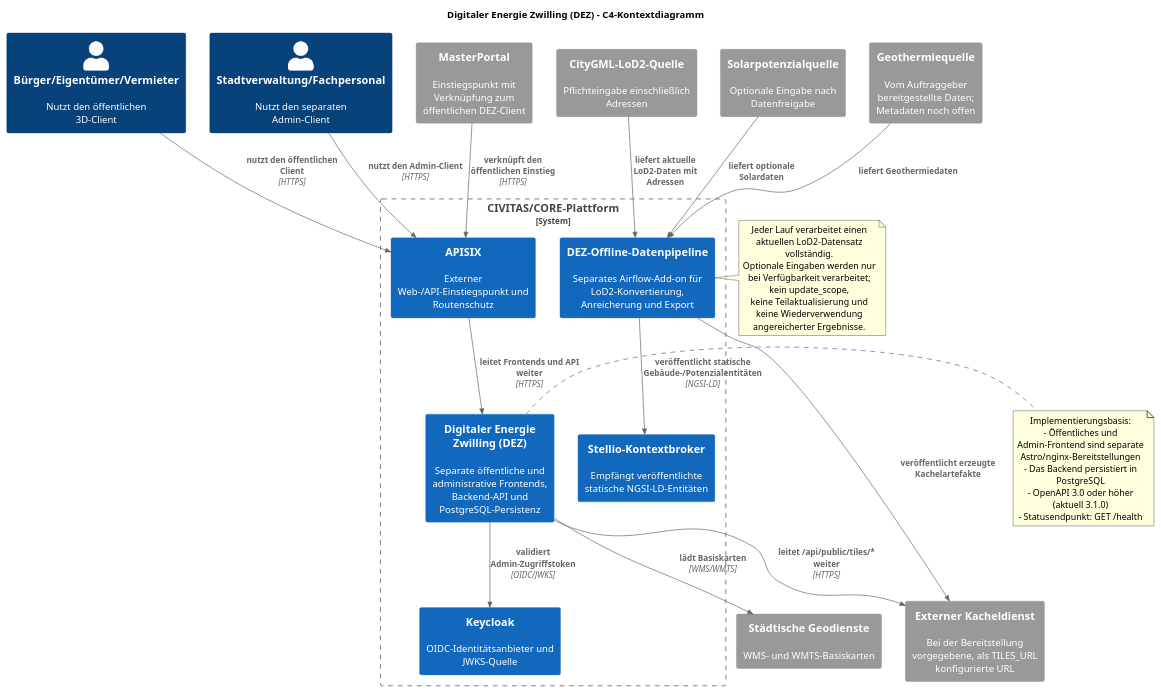
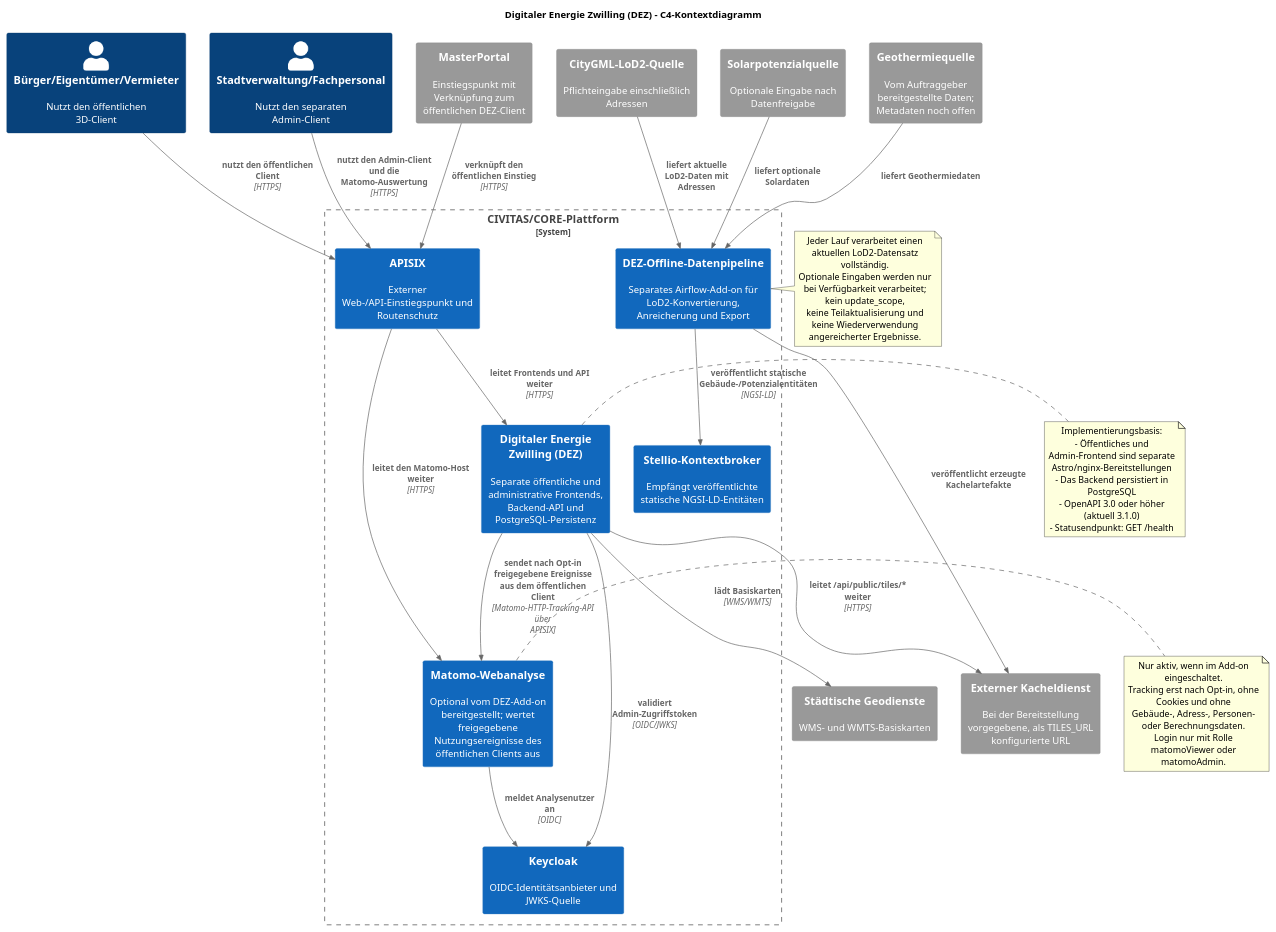
Before and after one commit to csi-FOXBYTE/Regensburg_DigitalerEnergieZwilling_MonoRepo: the diagram in apps/backend/docs/architecture/raw/c4-context.puml, drawn with PlantUML. The commit also changed 11 other files, not shown here.

Commit message:
feat: updated c4 diagrams for matomo

```diff
--- a/apps/backend/docs/architecture/raw/c4-context.puml
+++ b/apps/backend/docs/architecture/raw/c4-context.puml
@@ -1,53 +1,64 @@
 @startuml
 !includeurl https://raw.githubusercontent.com/plantuml-stdlib/C4-PlantUML/master/C4_Context.puml
 HIDE_STEREOTYPE()
 
 title Digitaler Energie Zwilling (DEZ) - C4-Kontextdiagramm
 
 Person(citizen, "Bürger/Eigentümer/Vermieter", "Nutzt den öffentlichen 3D-Client")
 Person(admin, "Stadtverwaltung/Fachpersonal", "Nutzt den separaten Admin-Client")
 
 System_Boundary(civitas, "CIVITAS/CORE-Plattform") {
   System(gateway, "APISIX", "Externer Web-/API-Einstiegspunkt und Routenschutz")
   System(det, "Digitaler Energie Zwilling (DEZ)", "Separate öffentliche und administrative Frontends, Backend-API und PostgreSQL-Persistenz")
   System(pipeline, "DEZ-Offline-Datenpipeline", "Separates Airflow-Add-on für LoD2-Konvertierung, Anreicherung und Export")
   System(idp, "Keycloak", "OIDC-Identitätsanbieter und JWKS-Quelle")
   System(stellio, "Stellio-Kontextbroker", "Empfängt veröffentlichte statische NGSI-LD-Entitäten")
+  System(matomo, "Matomo-Webanalyse", "Optional vom DEZ-Add-on bereitgestellt; wertet freigegebene Nutzungsereignisse des öffentlichen Clients aus")
 }
 
 System_Ext(masterportal, "MasterPortal", "Einstiegspunkt mit Verknüpfung zum öffentlichen DEZ-Client")
 System_Ext(geo, "Städtische Geodienste", "WMS- und WMTS-Basiskarten")
 System_Ext(citygml, "CityGML-LoD2-Quelle", "Pflichteingabe einschließlich Adressen")
 System_Ext(solar, "Solarpotenzialquelle", "Optionale Eingabe nach Datenfreigabe")
 System_Ext(geothermal, "Geothermiequelle", "Vom Auftraggeber bereitgestellte Daten; Metadaten noch offen")
 System_Ext(tiles, "Externer Kacheldienst", "Bei der Bereitstellung vorgegebene, als TILES_URL konfigurierte URL")
 
 Rel(citizen, gateway, "nutzt den öffentlichen Client", "HTTPS")
-Rel(admin, gateway, "nutzt den Admin-Client", "HTTPS")
+Rel(admin, gateway, "nutzt den Admin-Client und die Matomo-Auswertung", "HTTPS")
 Rel(masterportal, gateway, "verknüpft den öffentlichen Einstieg", "HTTPS")
 Rel(gateway, det, "leitet Frontends und API weiter", "HTTPS")
+Rel(gateway, matomo, "leitet den Matomo-Host weiter", "HTTPS")
+Rel(det, matomo, "sendet nach Opt-in freigegebene Ereignisse aus dem öffentlichen Client", "Matomo-HTTP-Tracking-API über APISIX")
+Rel(matomo, idp, "meldet Analysenutzer an", "OIDC")
 Rel(det, idp, "validiert Admin-Zugriffstoken", "OIDC/JWKS")
 Rel(det, geo, "lädt Basiskarten", "WMS/WMTS")
 Rel(det, tiles, "leitet /api/public/tiles/* weiter", "HTTPS")
 
 Rel(citygml, pipeline, "liefert aktuelle LoD2-Daten mit Adressen")
 Rel(solar, pipeline, "liefert optionale Solardaten")
 Rel(geothermal, pipeline, "liefert Geothermiedaten")
 Rel(pipeline, tiles, "veröffentlicht erzeugte Kachelartefakte")
 Rel(pipeline, stellio, "veröffentlicht statische Gebäude-/Potenzialentitäten", "NGSI-LD")
 
 note right of det
 Implementierungsbasis:
 - Öffentliches und Admin-Frontend sind separate Astro/nginx-Bereitstellungen
 - Das Backend persistiert in PostgreSQL
 - OpenAPI 3.0 oder höher (aktuell 3.1.0)
 - Statusendpunkt: GET /health
 end note
 
+note right of matomo
+Nur aktiv, wenn im Add-on eingeschaltet.
+Tracking erst nach Opt-in, ohne Cookies und ohne
+Gebäude-, Adress-, Personen- oder Berechnungsdaten.
+Login nur mit Rolle matomoViewer oder matomoAdmin.
+end note
+
 note right of pipeline
 Jeder Lauf verarbeitet einen aktuellen LoD2-Datensatz vollständig.
 Optionale Eingaben werden nur bei Verfügbarkeit verarbeitet; kein update_scope,
 keine Teilaktualisierung und keine Wiederverwendung angereicherter Ergebnisse.
 end note
 
 @enduml
```
